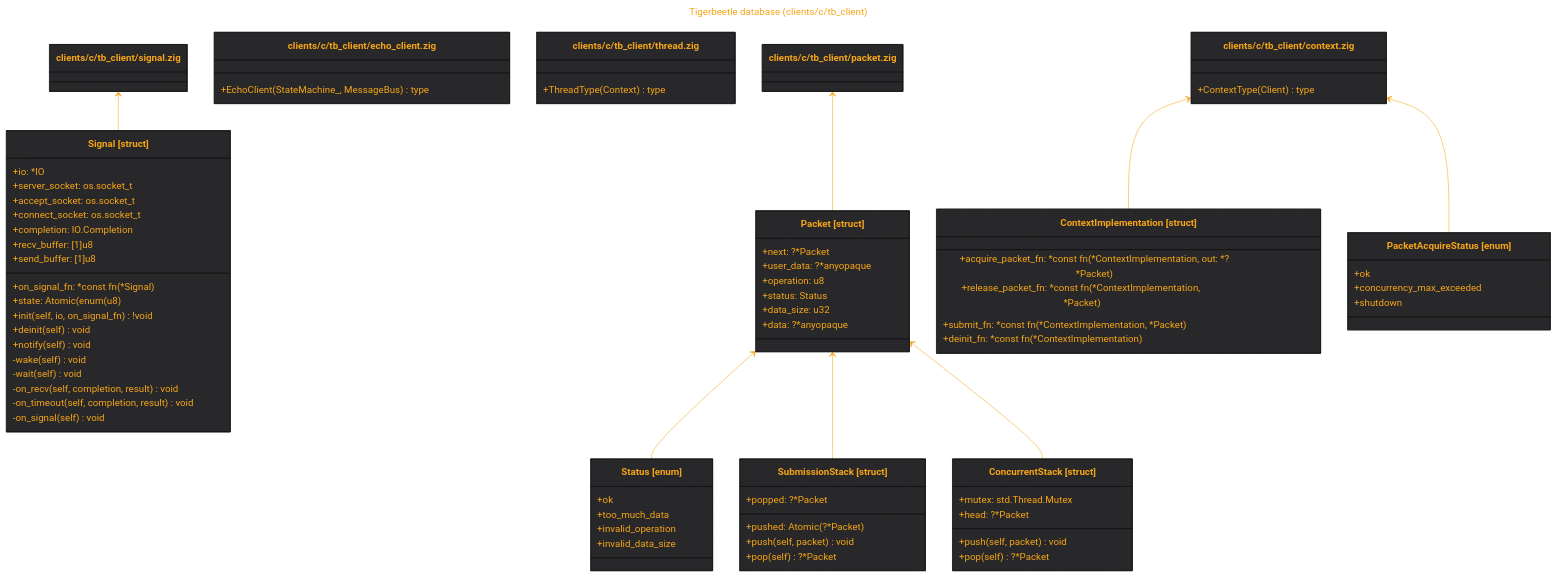
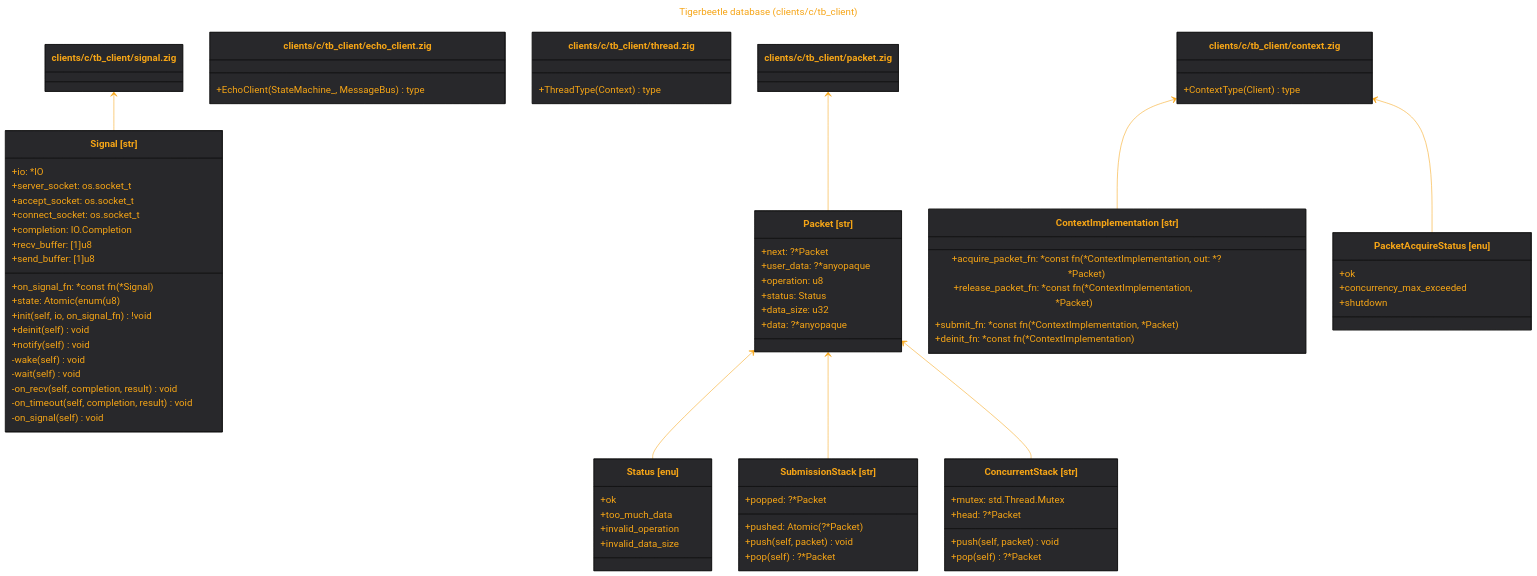
Before and after one commit to tensorush/meduza: the diagram in out/src.clients.c.tb_client.md, drawn with Mermaid. The commit also changed 17 other files, not shown here.

```diff
--- a/out/src.clients.c.tb_client.md
+++ b/out/src.clients.c.tb_client.md
@@ -15,7 +15,7 @@
     }
 }%%
 classDiagram
-class Signal["Signal [struct]"] {
+class Signal["Signal [str]"] {
     +io: *IO
     +server_socket: os.socket_t
     +accept_socket: os.socket_t
@@ -46,28 +46,28 @@
     +ThreadType(Context) type
 }
 link `clients/c/tb_client/thread.zig` "https://github.com/tigerbeetle/tigerbeetle/blob/main/src/clients/c/tb_client/thread.zig"
-class Status["Status [enum]"] {
+class Status["Status [enu]"] {
     +ok
     +too_much_data
     +invalid_operation
     +invalid_data_size
 }
 link Status "https://github.com/tigerbeetle/tigerbeetle/blob/main/src/clients/c/tb_client/packet.zig#L13"
-class SubmissionStack["SubmissionStack [struct]"] {
+class SubmissionStack["SubmissionStack [str]"] {
     +pushed: Atomic(?*Packet)
     +popped: ?*Packet
     +push(self, packet) void
     +pop(self) ?*Packet
 }
 link SubmissionStack "https://github.com/tigerbeetle/tigerbeetle/blob/main/src/clients/c/tb_client/packet.zig#L22"
-class ConcurrentStack["ConcurrentStack [struct]"] {
+class ConcurrentStack["ConcurrentStack [str]"] {
     +mutex: std.Thread.Mutex
     +head: ?*Packet
     +push(self, packet) void
     +pop(self) ?*Packet
 }
 link ConcurrentStack "https://github.com/tigerbeetle/tigerbeetle/blob/main/src/clients/c/tb_client/packet.zig#L49"
-class Packet["Packet [struct]"] {
+class Packet["Packet [str]"] {
     +next: ?*Packet
     +user_data: ?*anyopaque
     +operation: u8
@@ -82,14 +82,14 @@
 class `clients/c/tb_client/packet.zig`
 `clients/c/tb_client/packet.zig` <-- Packet
 link `clients/c/tb_client/packet.zig` "https://github.com/tigerbeetle/tigerbeetle/blob/main/src/clients/c/tb_client/packet.zig"
-class ContextImplementation["ContextImplementation [struct]"] {
+class ContextImplementation["ContextImplementation [str]"] {
     +acquire_packet_fn: *const fn (*ContextImplementation, out: *?*Packet)
     +release_packet_fn: *const fn (*ContextImplementation, *Packet)
     +submit_fn: *const fn (*ContextImplementation, *Packet)
     +deinit_fn: *const fn (*ContextImplementation)
 }
 link ContextImplementation "https://github.com/tigerbeetle/tigerbeetle/blob/main/src/clients/c/tb_client/context.zig#L29"
-class PacketAcquireStatus["PacketAcquireStatus [enum]"] {
+class PacketAcquireStatus["PacketAcquireStatus [enu]"] {
     +ok
     +concurrency_max_exceeded
     +shutdown
```
